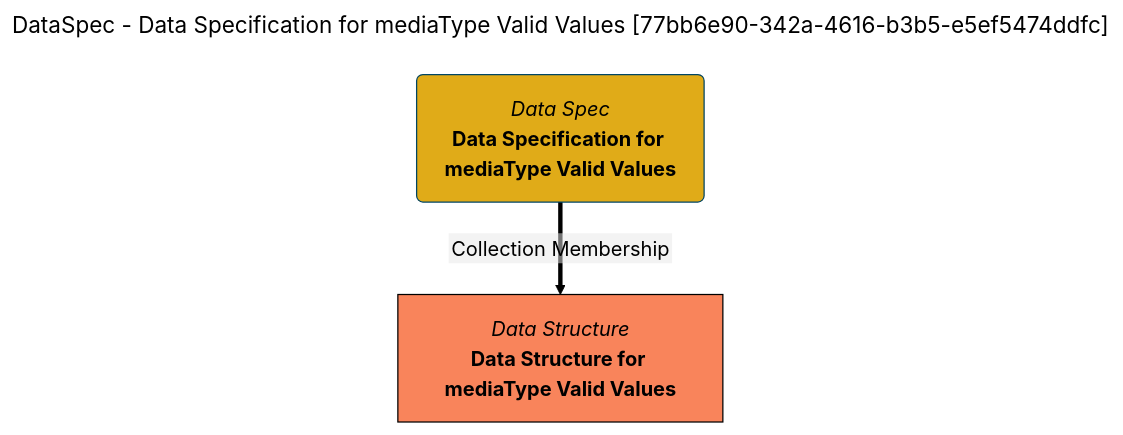
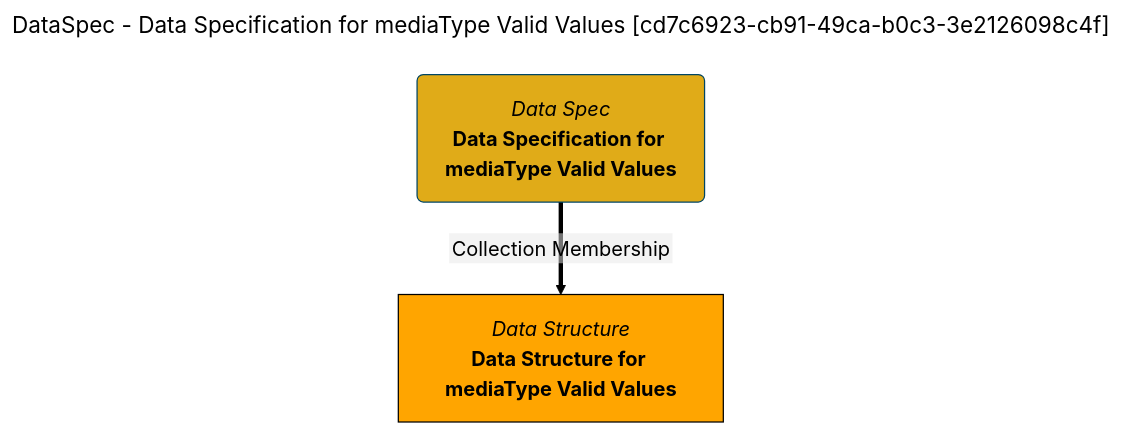
The diagram in site/snippets/collections/data-specs/data-specification-for-mediatype-valid-values-mermaid-graph.md (odpi/egeria-docs), drawn with Mermaid (forest theme) before and after one commit. The commit also changed 2201 other files, not shown here.

````diff
--- a/site/snippets/collections/data-specs/data-specification-for-mediatype-valid-values-mermaid-graph.md
+++ b/site/snippets/collections/data-specs/data-specification-for-mediatype-valid-values-mermaid-graph.md
@@ -1,15 +1,15 @@
 ```mermaid
 ---
-title: DataSpec - Data Specification for mediaType Valid Values [77bb6e90-342a-4616-b3b5-e5ef5474ddfc]
+title: DataSpec - Data Specification for mediaType Valid Values [cd7c6923-cb91-49ca-b0c3-3e2126098c4f]
 ---
 flowchart TD
 %%{init: {"flowchart": {"htmlLabels": false}} }%%
 
 1@{ shape: rounded, label: "*Data Spec*
 **Data Specification for mediaType Valid Values**"}
 2@{ shape: rect, label: "*Data Structure*
 **Data Structure for mediaType Valid Values**"}
 1==>|"Collection Membership"|2
 style 1 color:#000000, fill:#e0ab18, stroke:#004563
-style 2 color:#000000, fill:#f9845b, stroke:#000000
+style 2 color:#000000, fill:#FFA500, stroke:#000000
 ```
````
